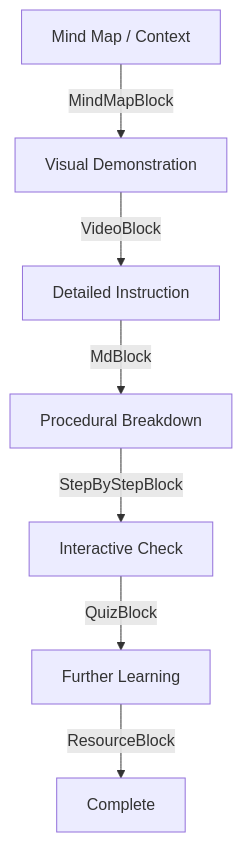
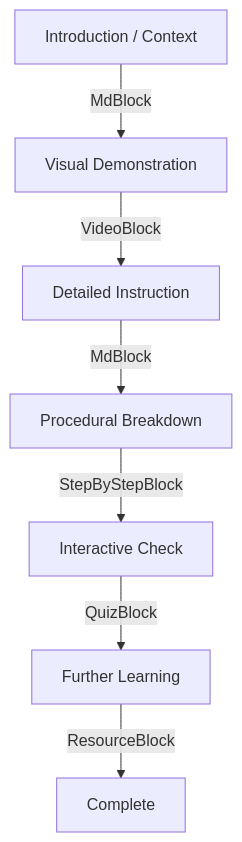
Before and after one commit to hasanraiyan/resume: the diagram in .agent/skills/coursify-studio/references/workflows.md, drawn with Mermaid. The commit also changed other lines of this file and 7 other files, not shown here.

Commit message:
feat(coursify): remove MindMapBlock references and update related documentation

````diff
--- a/.agent/skills/coursify-studio/references/workflows.md
+++ b/.agent/skills/coursify-studio/references/workflows.md
@@ -7,9 +7,9 @@
 ```mermaid
 graph TD
-    A[Mind Map / Context] -->|MindMapBlock| B[Visual Demonstration]
+    A[Introduction / Context] -->|MdBlock| B[Visual Demonstration]
     B -->|VideoBlock| C[Detailed Instruction]
     C -->|MdBlock| D[Procedural Breakdown]
     D -->|StepByStepBlock| E[Interactive Check]
     E -->|QuizBlock| F[Further Learning]
     F -->|ResourceBlock| G[Complete]
 ```
````
